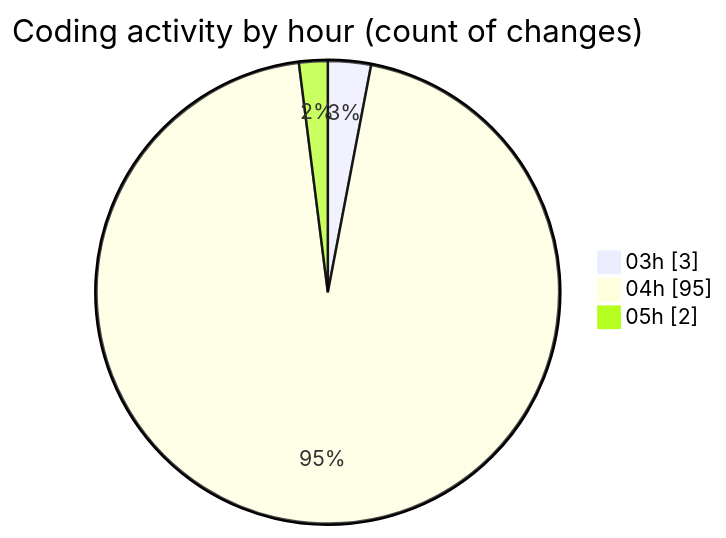
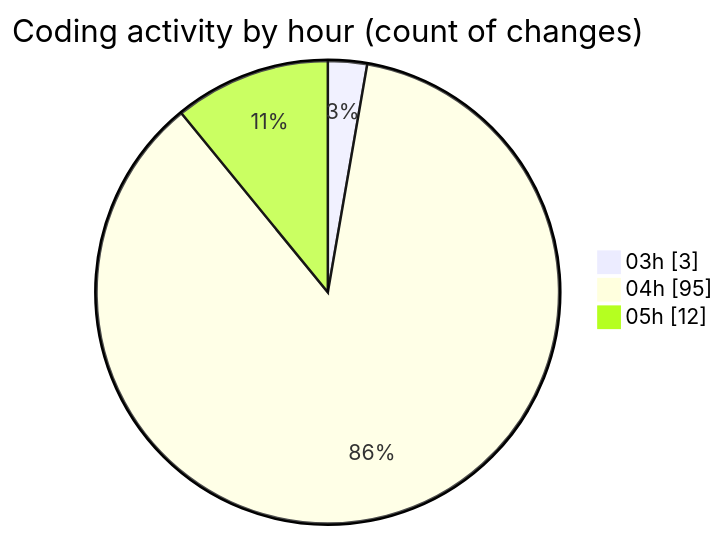
Before and after one commit to ernivani/code-tracking: the second of 2 diagrams in 2025-01-03/tinycms/README.md, drawn with Mermaid. The commit also changed other lines of this file and 2 other files, not shown here.

````diff
--- a/2025-01-03/tinycms/README.md
+++ b/2025-01-03/tinycms/README.md
@@ -53,7 +54,7 @@
 ```mermaid
 pie showData
 title Coding activity by hour (count of changes)
 "03h" : 3
 "04h" : 95
-"05h" : 2
+"05h" : 12
 ```
````
